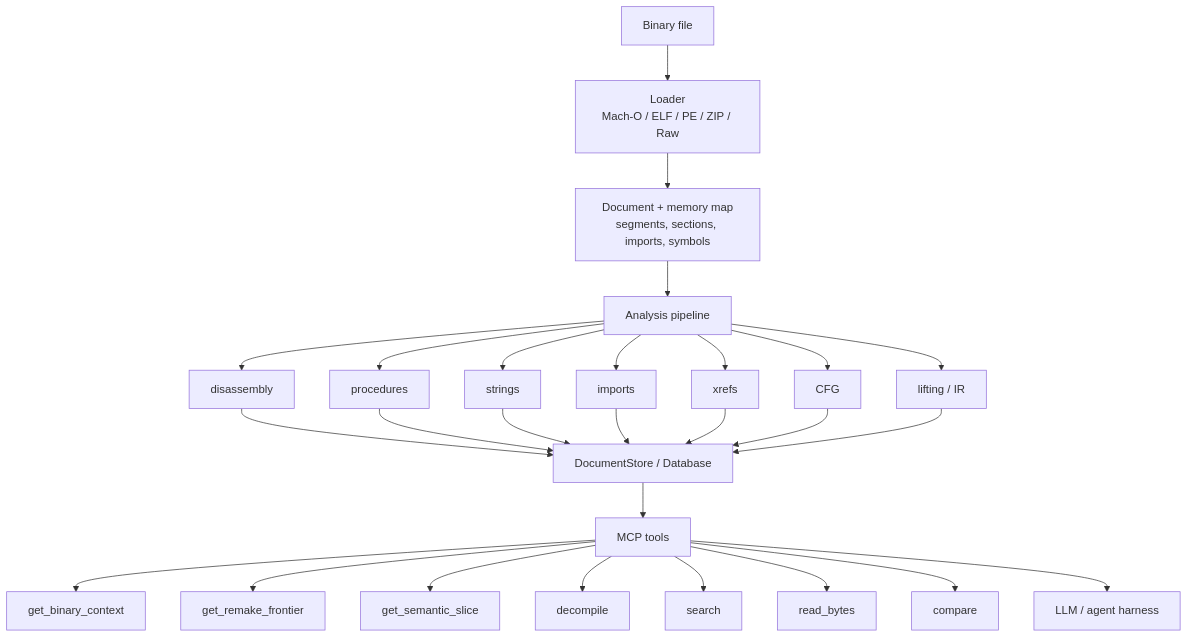
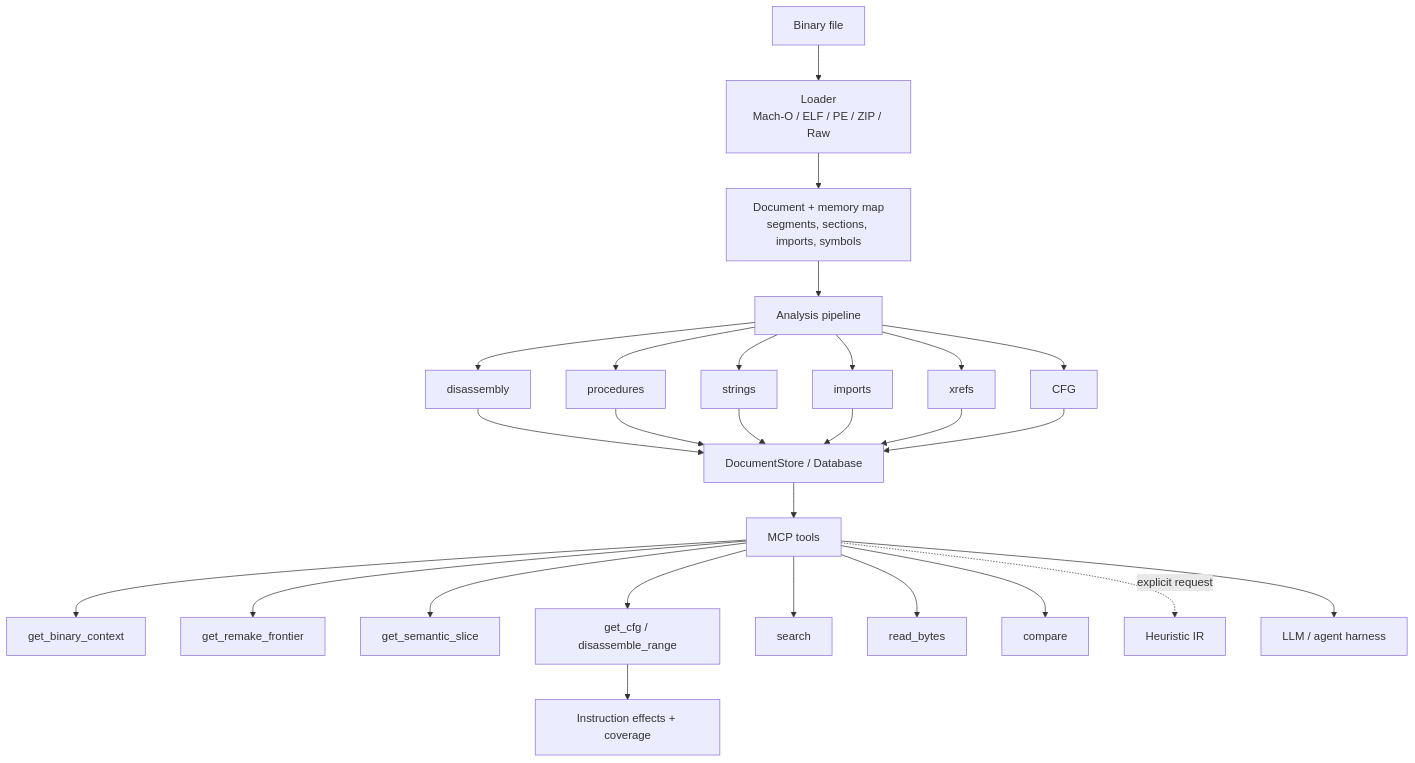
Before and after one commit to dammonburden/phora: the diagram in README.md, drawn with Mermaid. The commit also changed other lines of this file and 58 other files, not shown here.

````diff
--- a/README.md
+++ b/README.md
@@ -24,33 +26,33 @@
 ```mermaid
 flowchart TD
   A["Binary file"] --> B["Loader<br/>Mach-O / ELF / PE / ZIP / Raw"]
   B --> C["Document + memory map<br/>segments, sections, imports, symbols"]
   C --> D["Analysis pipeline"]
 
   D --> D1["disassembly"]
   D --> D2["procedures"]
   D --> D3["strings"]
   D --> D4["imports"]
   D --> D5["xrefs"]
   D --> D6["CFG"]
-  D --> D7["lifting / IR"]
 
   D1 --> E["DocumentStore / Database"]
   D2 --> E
   D3 --> E
   D4 --> E
   D5 --> E
   D6 --> E
-  D7 --> E
 
   E --> F["MCP tools"]
   F --> F1["get_binary_context"]
   F --> F2["get_remake_frontier"]
   F --> F3["get_semantic_slice"]
-  F --> F4["decompile"]
+  F --> F4["get_cfg / disassemble_range"]
   F --> F5["search"]
   F --> F6["read_bytes"]
   F --> F7["compare"]
+  F -. explicit request .-> H["Heuristic IR"]
+  F4 --> I["Instruction effects + coverage"]
 
   F --> G["LLM / agent harness"]
 ```
````
